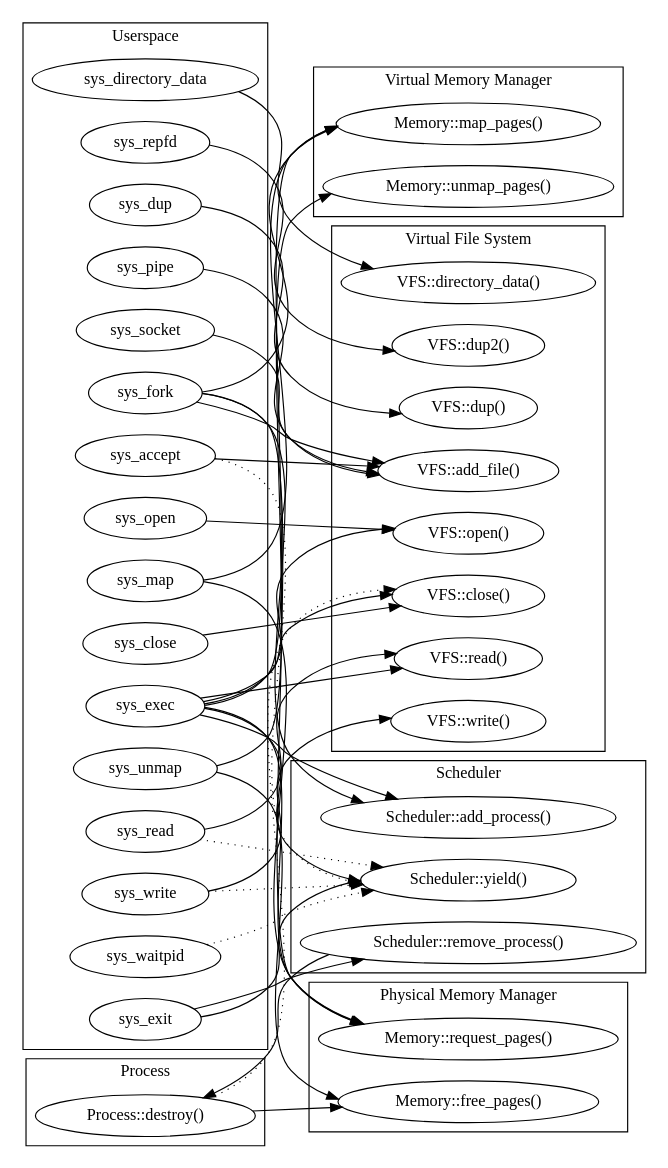
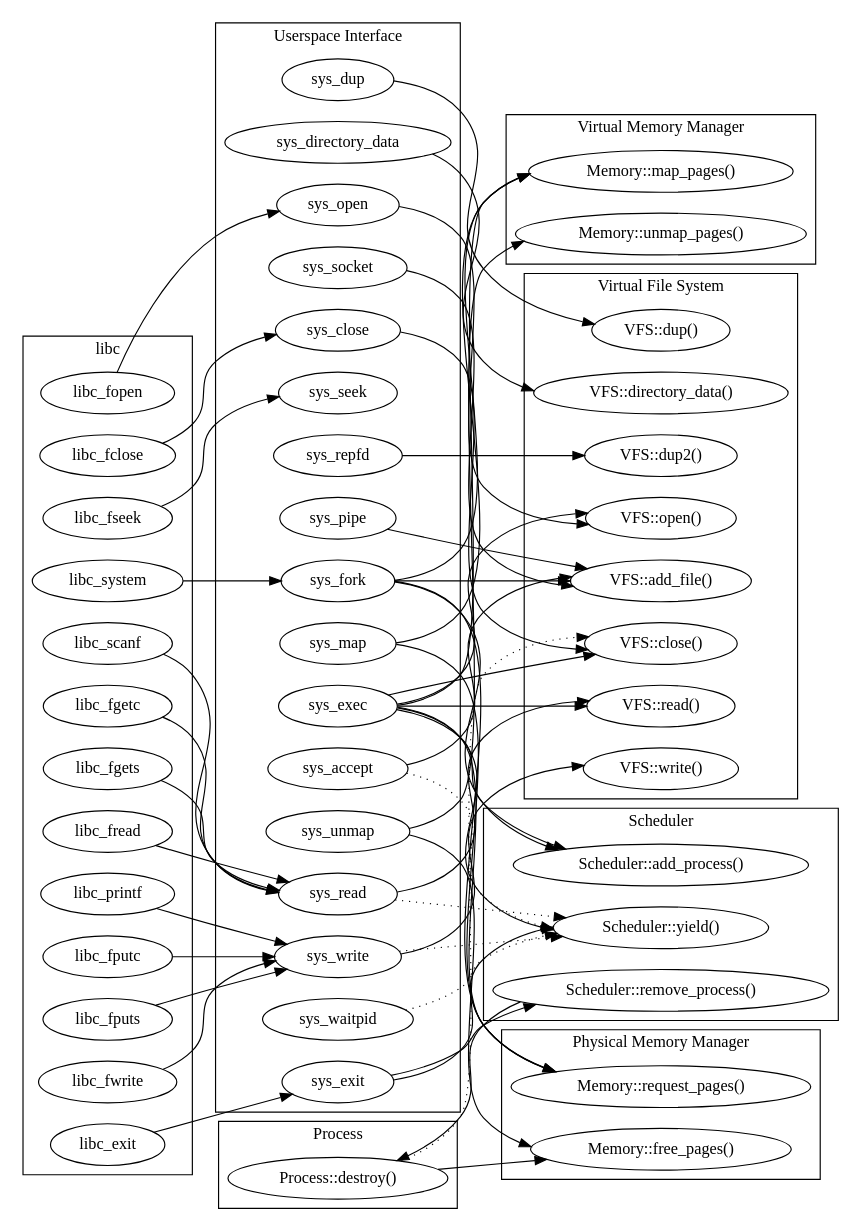
One commit to LensPlaysGames/LensorOS changed the diagram in structure.dot. Above: the diagram before and after it, drawn with Graphviz.

Commit message:
I must be really bored

```diff
--- a/structure.dot
+++ b/structure.dot
@@ -1,116 +1,150 @@
 digraph LensorOS {
-    graph [ rankdir=LR, overlap=scale ];
+    graph [ rankdir=LR, overlap=false];
+
+    libc_fopen -> sys_open;
+    libc_fclose -> sys_close;
+    libc_fread -> sys_read;
+    libc_fwrite -> sys_write;
+    libc_fseek -> sys_seek;
+    libc_exit -> sys_exit;
+    libc_system -> sys_fork;
+
+    libc_printf -> sys_write;
+    libc_fputc -> sys_write;
+    libc_fputs -> sys_write;
+
+    libc_scanf -> sys_read;
+    libc_fgetc -> sys_read;
+    libc_fgets -> sys_read;
 
     sys_open -> "VFS::open()";
     sys_close -> "VFS::close()";
     sys_read -> "VFS::read()";
     sys_read -> "Scheduler::yield()"[style="dotted"];
     sys_write -> "VFS::write()";
     sys_write -> "Scheduler::yield()"[style="dotted"];
-#    sys_poke;
+    # sys_poke;
     sys_exit -> "Scheduler::remove_process()";
     sys_exit -> "Scheduler::yield()";
     sys_map -> "Memory::map_pages()";
     sys_map -> "Memory::request_pages()";
     sys_unmap -> "Memory::unmap_pages()";
     sys_unmap -> "Memory::free_pages()";
-#    sys_time;
+    # sys_time;
     sys_waitpid -> "Scheduler::yield()"[style="dotted"];
     sys_fork -> "Scheduler::add_process()";
     sys_fork -> "Memory::map_pages()";
     sys_fork -> "Memory::request_pages()";
     sys_fork -> "VFS::add_file()";
     sys_exec -> "Scheduler::add_process()";
     sys_exec -> "VFS::open()";
     sys_exec -> "VFS::close()";
     sys_exec -> "VFS::read()";
     sys_exec -> "Memory::request_pages()";
     sys_exec -> "Memory::map_pages()";
     sys_exec -> "Scheduler::yield()";
     sys_repfd -> "VFS::dup2()";
     sys_pipe -> "VFS::add_file()";
-#    sys_seek;
-#    sys_pwd;
+    # sys_seek;
+    # sys_pwd;
     sys_dup -> "VFS::dup()";
-#    sys_uart;
+    # sys_uart;
     sys_socket -> "VFS::add_file()";
-#    sys_bind;
-#    sys_listen;
-#    sys_connect;
+    # sys_bind;
+    # sys_listen;
+    # sys_connect;
     sys_accept -> "VFS::add_file()";
     sys_accept -> "Scheduler::yield()"[style="dotted"];
-#    sys_kqueue;
-#    sys_kevent;
+    # sys_kqueue;
+    # sys_kevent;
     sys_directory_data -> "VFS::directory_data()";
 
     "Scheduler::remove_process()" -> "Process::destroy()";
 
     "Process::destroy()" -> "Memory::free_pages()";
     "Process::destroy()" -> "VFS::close()"[style="dotted"];
 
-    subgraph cluster_userspace {
-        label="Userspace";
+    subgraph cluster_libc {
+        label="libc";
+        libc_fopen;
+        libc_fclose;
+        libc_fread;
+        libc_fwrite;
+        libc_fseek;
+        libc_exit;
+        libc_system;
+
+        libc_printf;
+        libc_fputc;
+        libc_fputs;
+
+        libc_scanf;
+        libc_fgetc;
+        libc_fgets;
+    }
+
+    subgraph cluster_syscalls {
+        label="Userspace Interface";
         sys_open;
         sys_close;
         sys_read;
         sys_write;
-#        sys_poke;
+        # sys_poke;
         sys_exit;
         sys_map;
         sys_unmap;
-#        sys_time;
+        # sys_time;
         sys_waitpid;
         sys_fork;
         sys_exec;
         sys_repfd;
         sys_pipe;
-#        sys_seek;
-#        sys_pwd;
+        sys_seek;
+        # sys_pwd;
         sys_dup;
-#        sys_uart;
+        # sys_uart;
         sys_socket;
-#        sys_bind;
-#        sys_listen;
-#        sys_connect;
+        # sys_bind;
+        # sys_listen;
+        # sys_connect;
         sys_accept;
-#        sys_kqueue;
-#        sys_kevent;
+        # sys_kqueue;
+        # sys_kevent;
         sys_directory_data;
+        }        subgraph cluster_vfs {
+            label="Virtual File System";
+            "VFS::open()";
+            "VFS::close()";
+            "VFS::read()";
+            "VFS::write()";
+            "VFS::directory_data()";
+            "VFS::add_file()";
+            "VFS::dup()";
+            "VFS::dup2()";
+        }
+
+
+        subgraph cluster_sched {
+            label="Scheduler";
+            "Scheduler::add_process()";
+            "Scheduler::remove_process()";
+            "Scheduler::yield()";
+        }
+
+        subgraph cluster_proc {
+            label="Process";
+            "Process::destroy()";
+        }
+
+        subgraph cluster_pmm {
+            label="Physical Memory Manager";
+            "Memory::request_pages()";
+            "Memory::free_pages()";
+        }
+
+        subgraph cluster_vmm {
+            label="Virtual Memory Manager";
+            "Memory::map_pages()";
+            "Memory::unmap_pages()";
+        }
     }
-
-    subgraph cluster_vfs {
-        label="Virtual File System";
-        "VFS::open()";
-        "VFS::close()";
-        "VFS::read()";
-        "VFS::write()";
-        "VFS::directory_data()";
-        "VFS::add_file()";
-        "VFS::dup()";
-        "VFS::dup2()";
-    }
-
-    subgraph cluster_sched {
-        label="Scheduler";
-        "Scheduler::add_process()";
-        "Scheduler::remove_process()";
-        "Scheduler::yield()";
-    }
-
-    subgraph cluster_proc {
-        label="Process";
-        "Process::destroy()";
-    }
-
-    subgraph cluster_pmm {
-        label="Physical Memory Manager";
-        "Memory::request_pages()";
-        "Memory::free_pages()";
-    }
-
-    subgraph cluster_vmm {
-        label="Virtual Memory Manager";
-        "Memory::map_pages()";
-        "Memory::unmap_pages()";
-    }
-}
```
